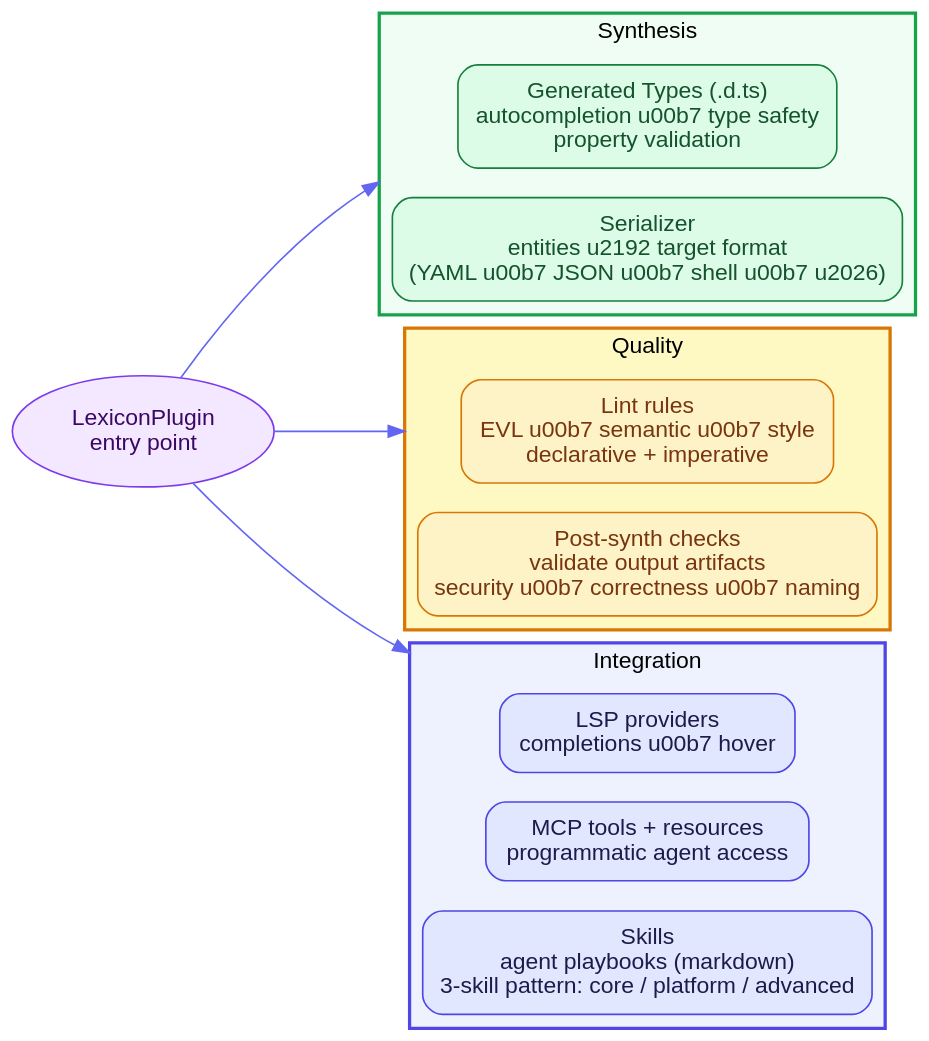
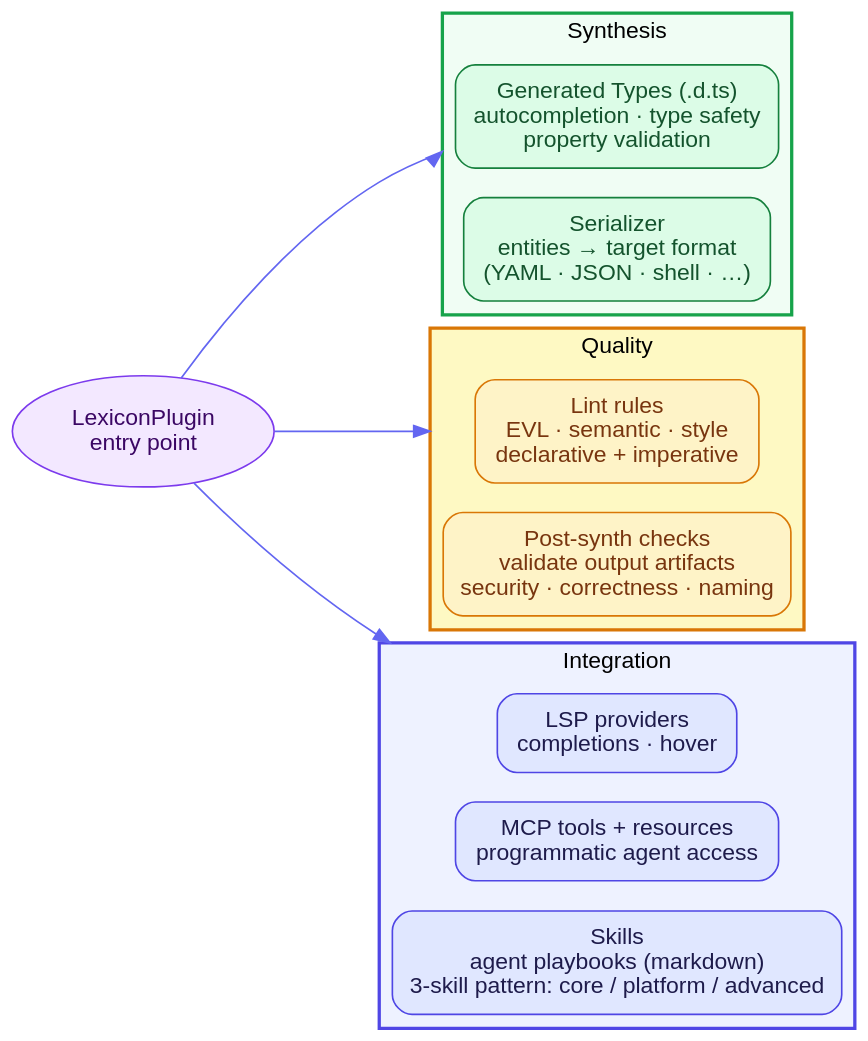
Before and after one commit to INTENTIUS/chant: the diagram in docs/diagrams/lexicon-plugin-layers.dot, drawn with Graphviz. The commit also changed 17 other files, not shown here.

```diff
--- a/docs/diagrams/lexicon-plugin-layers.dot
+++ b/docs/diagrams/lexicon-plugin-layers.dot
@@ -1,42 +1,42 @@
 digraph lexicon_layers {
   rankdir=LR
   graph [fontname="Helvetica,Arial,sans-serif" bgcolor="transparent" pad="0.5" ranksep="1.0" compound=true]
   node  [fontname="Helvetica,Arial,sans-serif" shape=box style="filled,rounded" margin="0.2,0.12"]
   edge  [fontname="Helvetica,Arial,sans-serif" fontsize=9 fontcolor="#475569" color="#6366F1"]
 
   plugin [label="LexiconPlugin\nentry point"
           shape=oval fillcolor="#F3E8FF" color="#7C3AED" fontcolor="#3B0764"]
 
   subgraph cluster_synth {
     label="Synthesis" style=filled fillcolor="#F0FDF4" color="#16A34A" penwidth=2
     fontname="Helvetica,Arial,sans-serif"
-    types  [label="Generated Types (.d.ts)\nautocompletion \u00b7 type safety\nproperty validation"
+    types  [label="Generated Types (.d.ts)\nautocompletion · type safety\nproperty validation"
             fillcolor="#DCFCE7" color="#15803D" fontcolor="#14532D"]
-    serial [label="Serializer\nentities \u2192 target format\n(YAML \u00b7 JSON \u00b7 shell \u00b7 \u2026)"
+    serial [label="Serializer\nentities → target format\n(YAML · JSON · shell · …)"
             fillcolor="#DCFCE7" color="#15803D" fontcolor="#14532D"]
   }
 
   subgraph cluster_quality {
     label="Quality" style=filled fillcolor="#FEF9C3" color="#D97706" penwidth=2
     fontname="Helvetica,Arial,sans-serif"
-    rules  [label="Lint rules\nEVL \u00b7 semantic \u00b7 style\ndeclarative + imperative"
+    rules  [label="Lint rules\nEVL · semantic · style\ndeclarative + imperative"
             fillcolor="#FEF3C7" color="#D97706" fontcolor="#78350F"]
-    checks [label="Post-synth checks\nvalidate output artifacts\nsecurity \u00b7 correctness \u00b7 naming"
+    checks [label="Post-synth checks\nvalidate output artifacts\nsecurity · correctness · naming"
             fillcolor="#FEF3C7" color="#D97706" fontcolor="#78350F"]
   }
 
   subgraph cluster_integration {
     label="Integration" style=filled fillcolor="#EEF2FF" color="#4F46E5" penwidth=2
     fontname="Helvetica,Arial,sans-serif"
-    lsp    [label="LSP providers\ncompletions \u00b7 hover"
+    lsp    [label="LSP providers\ncompletions · hover"
             fillcolor="#E0E7FF" color="#4F46E5" fontcolor="#1E1B4B"]
     mcp    [label="MCP tools + resources\nprogrammatic agent access"
             fillcolor="#E0E7FF" color="#4F46E5" fontcolor="#1E1B4B"]
     skills [label="Skills\nagent playbooks (markdown)\n3-skill pattern: core / platform / advanced"
             fillcolor="#E0E7FF" color="#4F46E5" fontcolor="#1E1B4B"]
   }
 
   plugin -> types  [lhead=cluster_synth]
   plugin -> rules  [lhead=cluster_quality]
   plugin -> lsp    [lhead=cluster_integration]
 }
```
